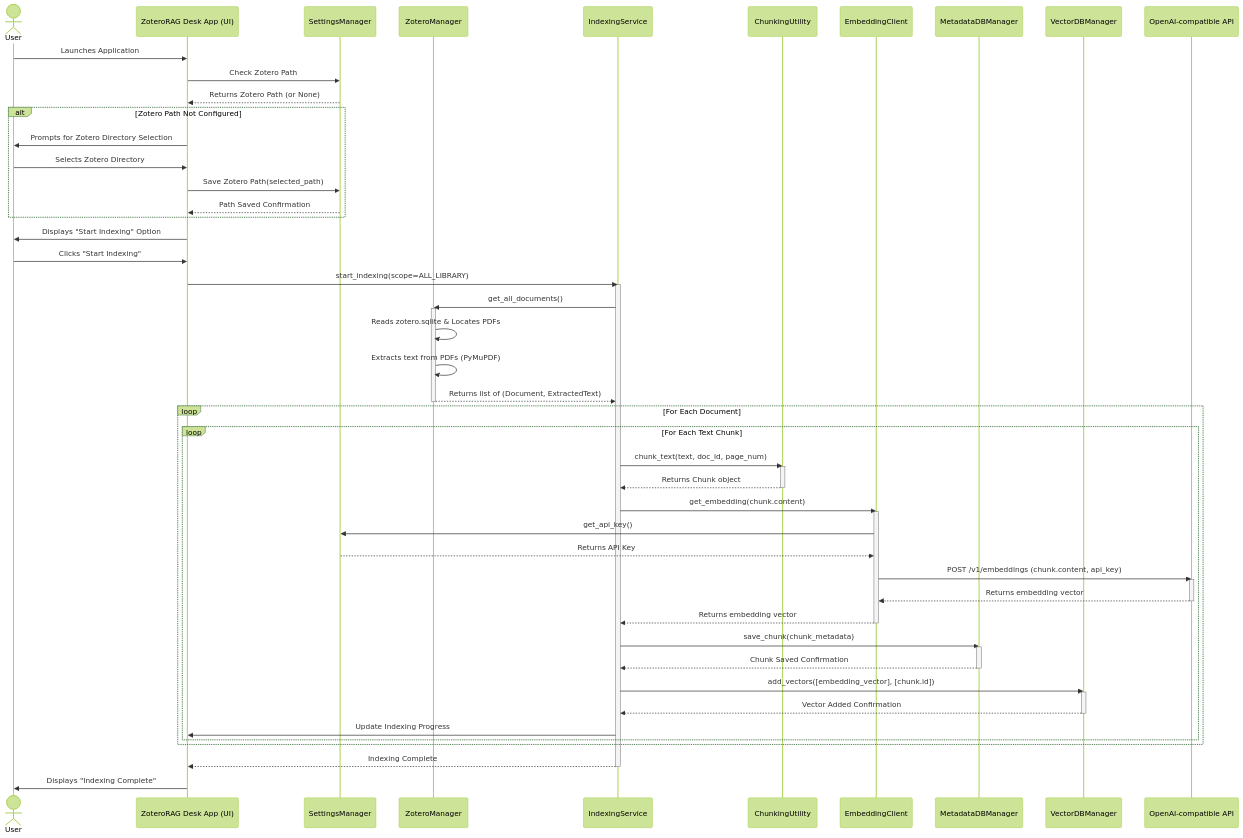
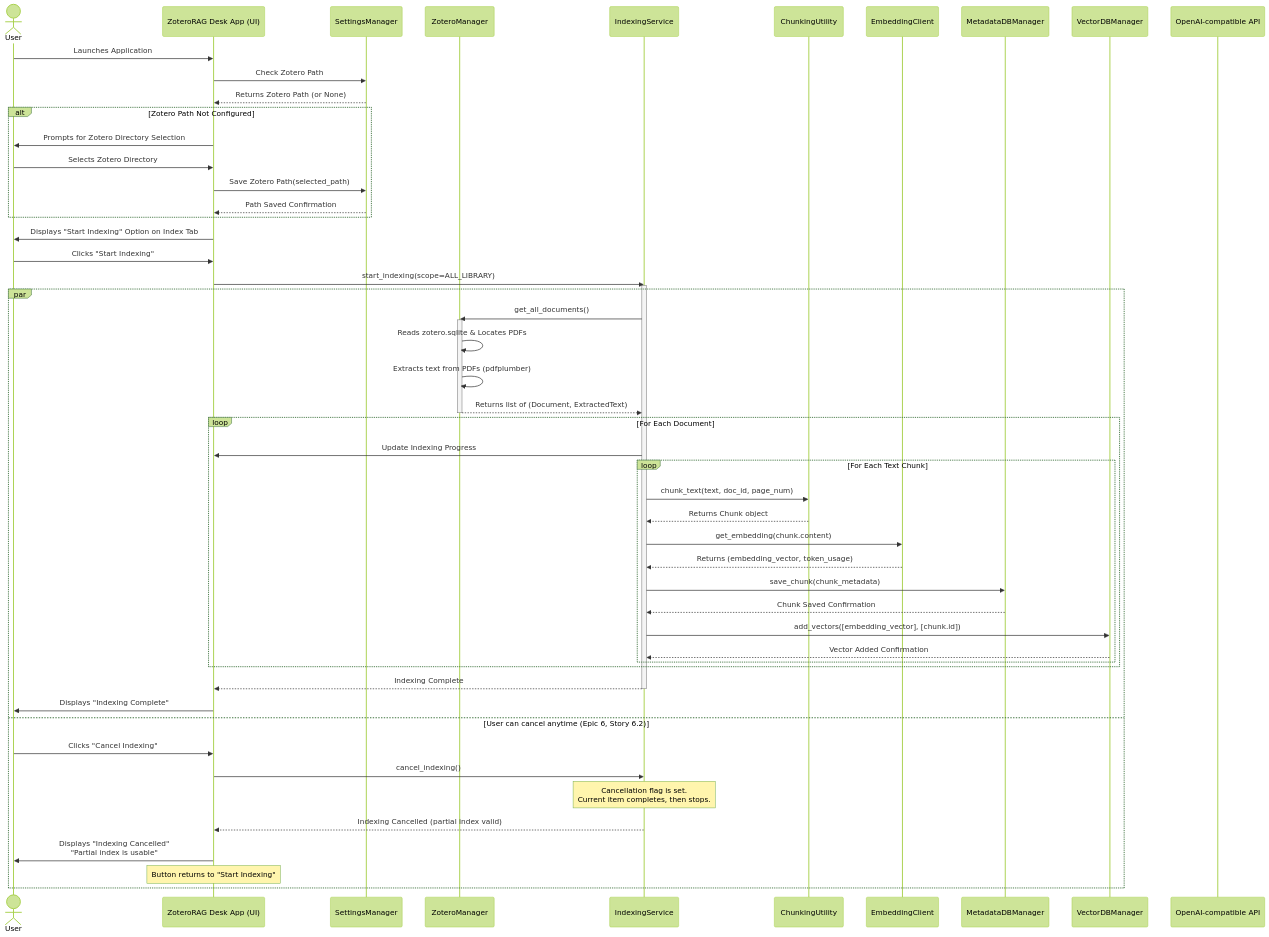
The diagram in docs/architecture/core-workflows.md (zzwwbs/ZoteroRAG), drawn with Mermaid (forest theme) before and after one commit. The commit also changed 30 other files, not shown here.

````diff
--- a/docs/architecture/core-workflows.md
+++ b/docs/architecture/core-workflows.md
@@ -5,72 +5,67 @@
 ```mermaid
 sequenceDiagram
     actor User
     participant UI as ZoteroRAG Desk App (UI)
     participant SM as SettingsManager
     participant ZM as ZoteroManager
     participant IS as IndexingService
     participant CU as ChunkingUtility
     participant EC as EmbeddingClient
     participant MDM as MetadataDBManager
     participant VDM as VectorDBManager
     participant OAI as OpenAI-compatible API
 
     User->>UI: Launches Application
     UI->>SM: Check Zotero Path
     SM-->>UI: Returns Zotero Path (or None)
 
     alt Zotero Path Not Configured
         UI->>User: Prompts for Zotero Directory Selection
         User->>UI: Selects Zotero Directory
         UI->>SM: Save Zotero Path(selected_path)
         SM-->>UI: Path Saved Confirmation
     end
 
-    UI->>User: Displays "Start Indexing" Option
+    UI->>User: Displays "Start Indexing" Option on Index Tab
     User->>UI: Clicks "Start Indexing"
     UI->>IS: start_indexing(scope=ALL_LIBRARY)
     activate IS
 
-    IS->>ZM: get_all_documents()
-    activate ZM
-    ZM->>ZM: Reads zotero.sqlite & Locates PDFs
-    ZM->>ZM: Extracts text from PDFs (PyMuPDF)
-    ZM-->>IS: Returns list of (Document, ExtractedText)
-    deactivate ZM
+    par
+        IS->>ZM: get_all_documents()
+        activate ZM
+        ZM->>ZM: Reads zotero.sqlite & Locates PDFs
+        ZM->>ZM: Extracts text from PDFs (pdfplumber)
+        ZM-->>IS: Returns list of (Document, ExtractedText)
+        deactivate ZM
 
-    loop For Each Document
-        loop For Each Text Chunk
-            IS->>CU: chunk_text(text, doc_id, page_num)
-            activate CU
-            CU-->>IS: Returns Chunk object
-            deactivate CU
+        loop For Each Document
+            IS->>UI: Update Indexing Progress
 
-            IS->>EC: get_embedding(chunk.content)
-            activate EC
-            EC->>SM: get_api_key()
-            SM-->>EC: Returns API Key
-            EC->>OAI: POST /v1/embeddings (chunk.content, api_key)
-            activate OAI
-            OAI-->>EC: Returns embedding vector
-            deactivate OAI
-            EC-->>IS: Returns embedding vector
-            deactivate EC
+            loop For Each Text Chunk
+                IS->>CU: chunk_text(text, doc_id, page_num)
+                CU-->>IS: Returns Chunk object
 
-            IS->>MDM: save_chunk(chunk_metadata)
-            activate MDM
-            MDM-->>IS: Chunk Saved Confirmation
-            deactivate MDM
+                IS->>EC: get_embedding(chunk.content)
+                EC-->>IS: Returns (embedding_vector, token_usage)
 
-            IS->>VDM: add_vectors([embedding_vector], [chunk.id])
-            activate VDM
-            VDM-->>IS: Vector Added Confirmation
-            deactivate VDM
+                IS->>MDM: save_chunk(chunk_metadata)
+                MDM-->>IS: Chunk Saved Confirmation
 
-            IS->>UI: Update Indexing Progress
+                IS->>VDM: add_vectors([embedding_vector], [chunk.id])
+                VDM-->>IS: Vector Added Confirmation
+            end
         end
+        IS-->>UI: Indexing Complete
+        deactivate IS
+        UI->>User: Displays "Indexing Complete"
+
+    and User can cancel anytime (Epic 6, Story 6.2)
+        User->>UI: Clicks "Cancel Indexing"
+        UI->>IS: cancel_indexing()
+        Note over IS: Cancellation flag is set.<br/>Current item completes, then stops.
+        IS-->>UI: Indexing Cancelled (partial index valid)
+        UI->>User: Displays "Indexing Cancelled"<br/>"Partial index is usable"
+        Note over UI: Button returns to "Start Indexing"
     end
-
-    IS-->>UI: Indexing Complete
-    deactivate IS
-    UI->>User: Displays "Indexing Complete"
 ```
````
